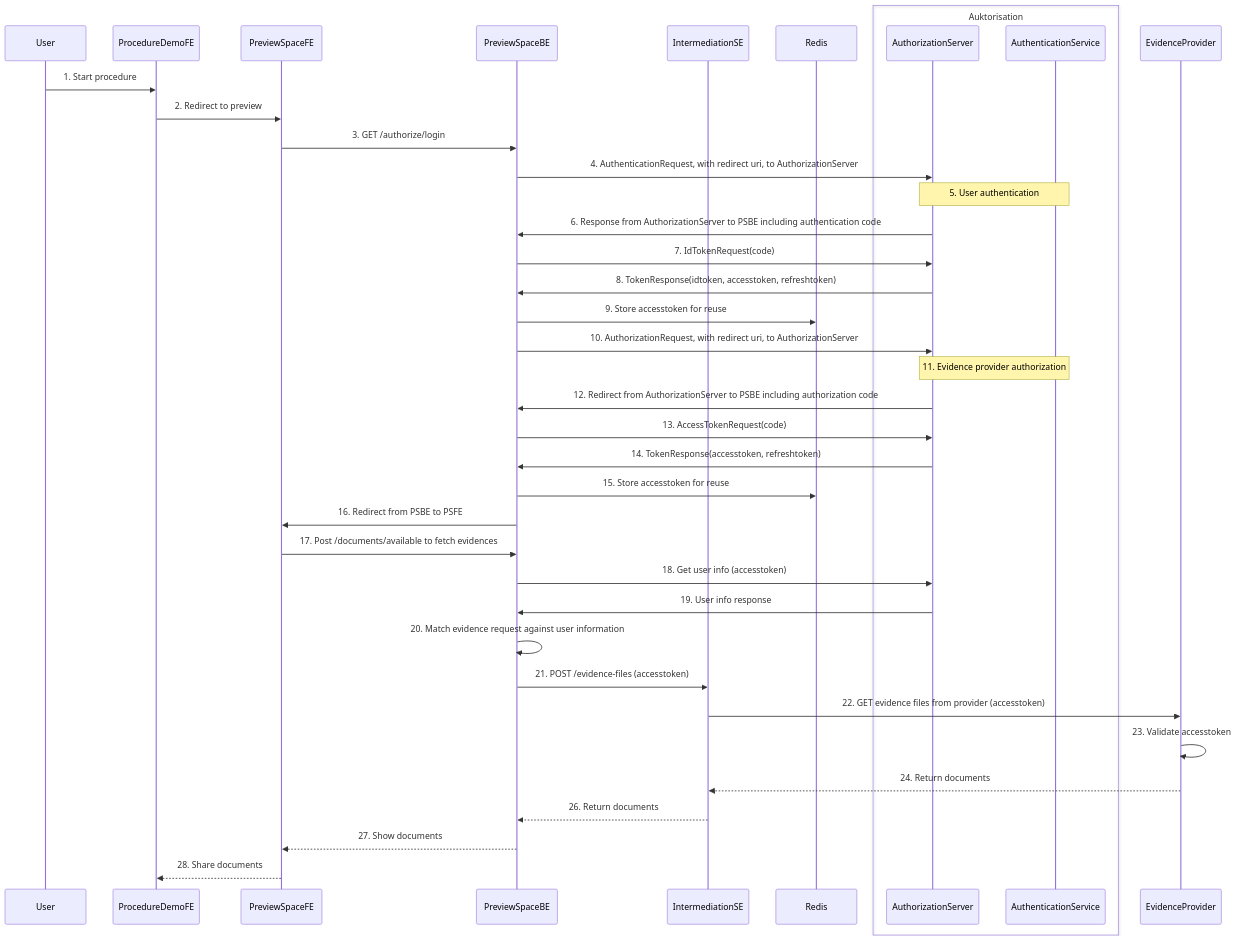
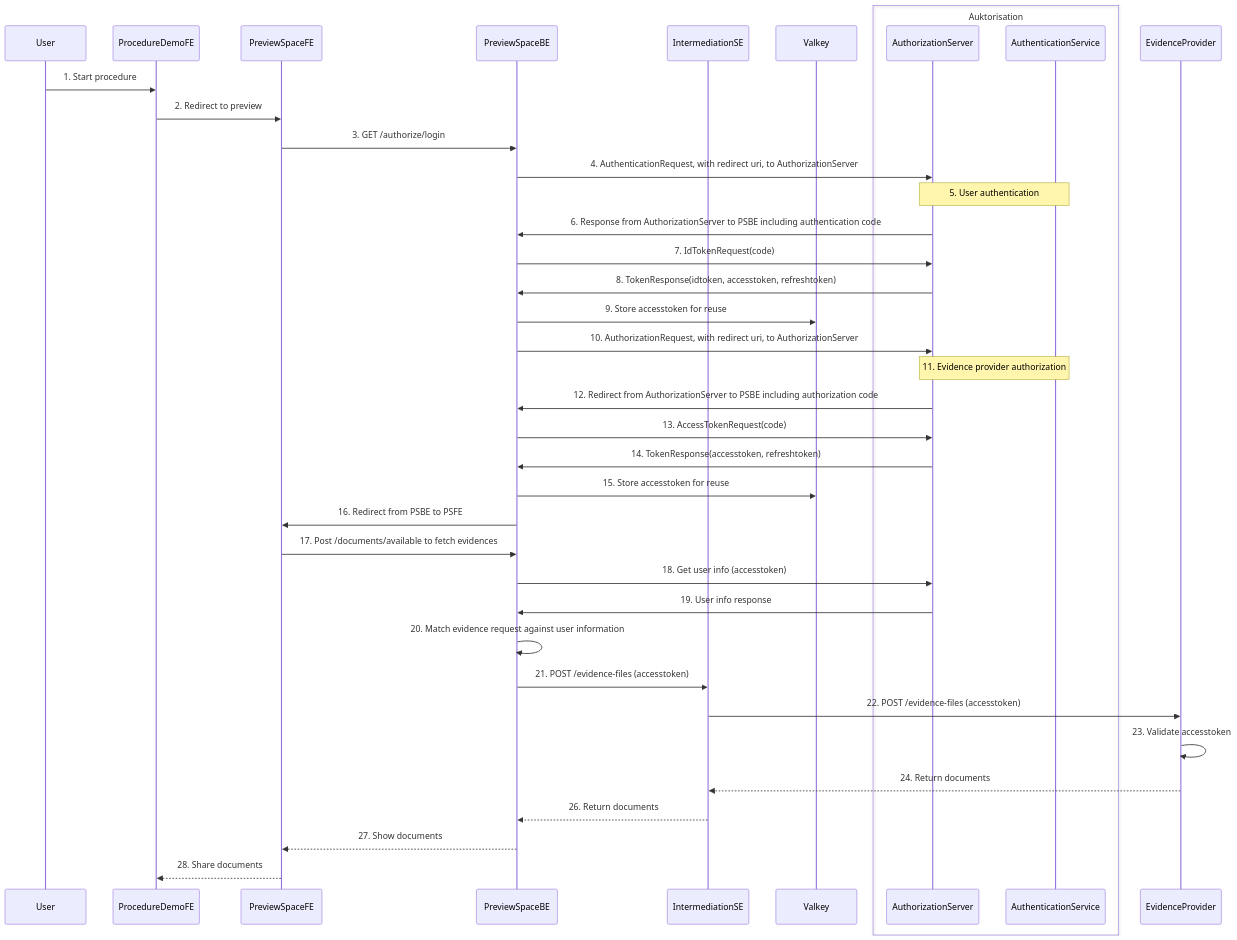
Before and after one commit to diggsweden/sdg-intermediation-se: the second of 2 diagrams in README.md, drawn with Mermaid. The commit also changed other lines of this file, not shown here.

````diff
--- a/README.md
+++ b/README.md
@@ -29,43 +29,43 @@
 ```mermaid
 sequenceDiagram
     participant USR as User
     participant PDFE as ProcedureDemoFE
     participant PSFE as PreviewSpaceFE
     participant PSBE as PreviewSpaceBE
     participant IMSE as IntermediationSE
-    participant RED as Redis
+    participant VAL as Valkey
     box Auktorisation
     participant AS as AuthorizationServer
     participant ATS as AuthenticationService
     end
     participant EP as EvidenceProvider
 
     USR ->> PDFE: 1. Start procedure
     PDFE ->> PSFE: 2. Redirect to preview
     PSFE ->> PSBE: 3. GET /authorize/login
 
     PSBE ->> AS: 4. AuthenticationRequest, with redirect uri, to AuthorizationServer
     Note over AS,ATS: 5. User authentication
     AS ->> PSBE: 6. Response from AuthorizationServer to PSBE including authentication code
     PSBE ->> AS: 7. IdTokenRequest(code)
     AS ->> PSBE: 8. TokenResponse(idtoken, accesstoken, refreshtoken)
-    PSBE ->> RED: 9. Store accesstoken for reuse
+    PSBE ->> VAL: 9. Store accesstoken for reuse
     PSBE ->> AS: 10. AuthorizationRequest, with redirect uri, to AuthorizationServer
     Note over AS,ATS: 11. Evidence provider authorization
     AS ->> PSBE: 12. Redirect from AuthorizationServer to PSBE including authorization code
     PSBE ->> AS: 13. AccessTokenRequest(code)
     AS ->> PSBE: 14. TokenResponse(accesstoken, refreshtoken)
-    PSBE ->> RED: 15. Store accesstoken for reuse
+    PSBE ->> VAL: 15. Store accesstoken for reuse
     PSBE ->> PSFE: 16. Redirect from PSBE to PSFE
     PSFE ->> PSBE: 17. Post /documents/available to fetch evidences
     PSBE ->> AS: 18. Get user info (accesstoken)
     AS ->> PSBE: 19. User info response
     PSBE ->> PSBE: 20. Match evidence request against user information
     PSBE ->> IMSE: 21. POST /evidence-files (accesstoken)
-    IMSE ->> EP: 22. GET evidence files from provider (accesstoken)
+    IMSE ->> EP: 22. POST /evidence-files (accesstoken)
     EP ->> EP: 23. Validate accesstoken
     EP -->> IMSE: 24. Return documents
     IMSE -->> PSBE: 26. Return documents
     PSBE -->> PSFE: 27. Show documents
     PSFE -->> PDFE: 28. Share documents
 ```
````
